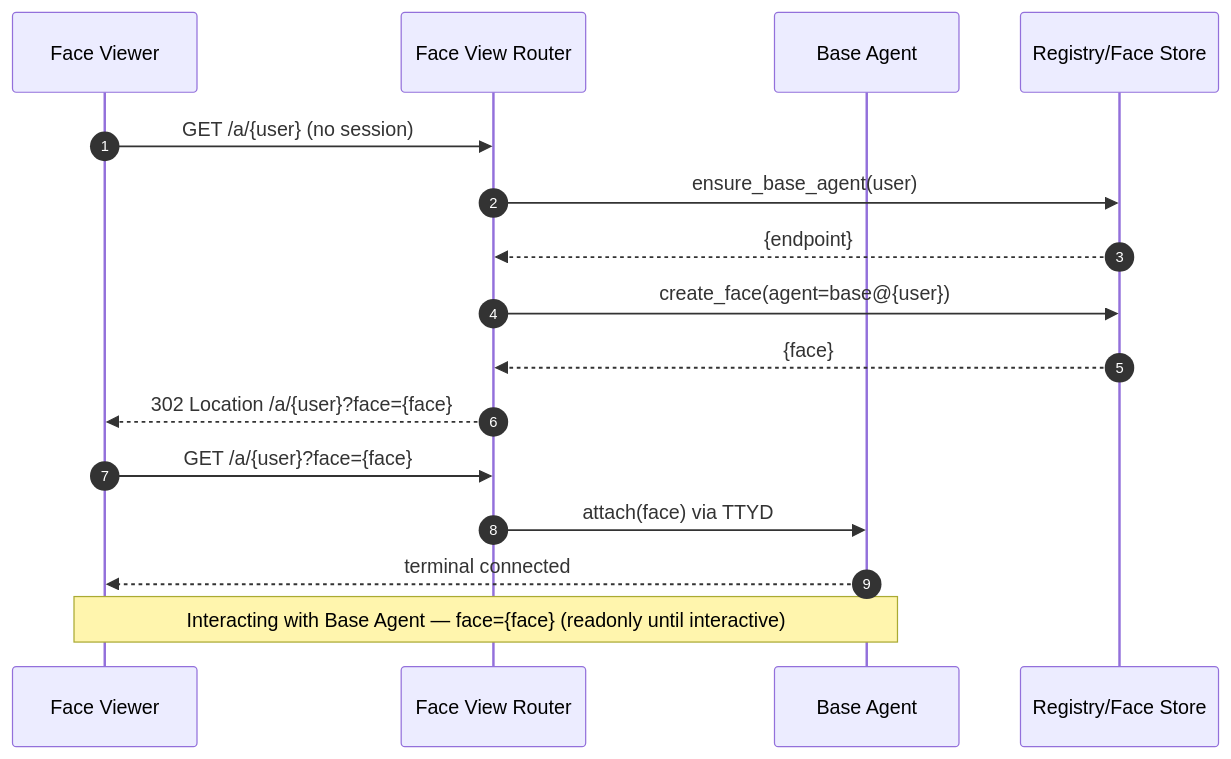
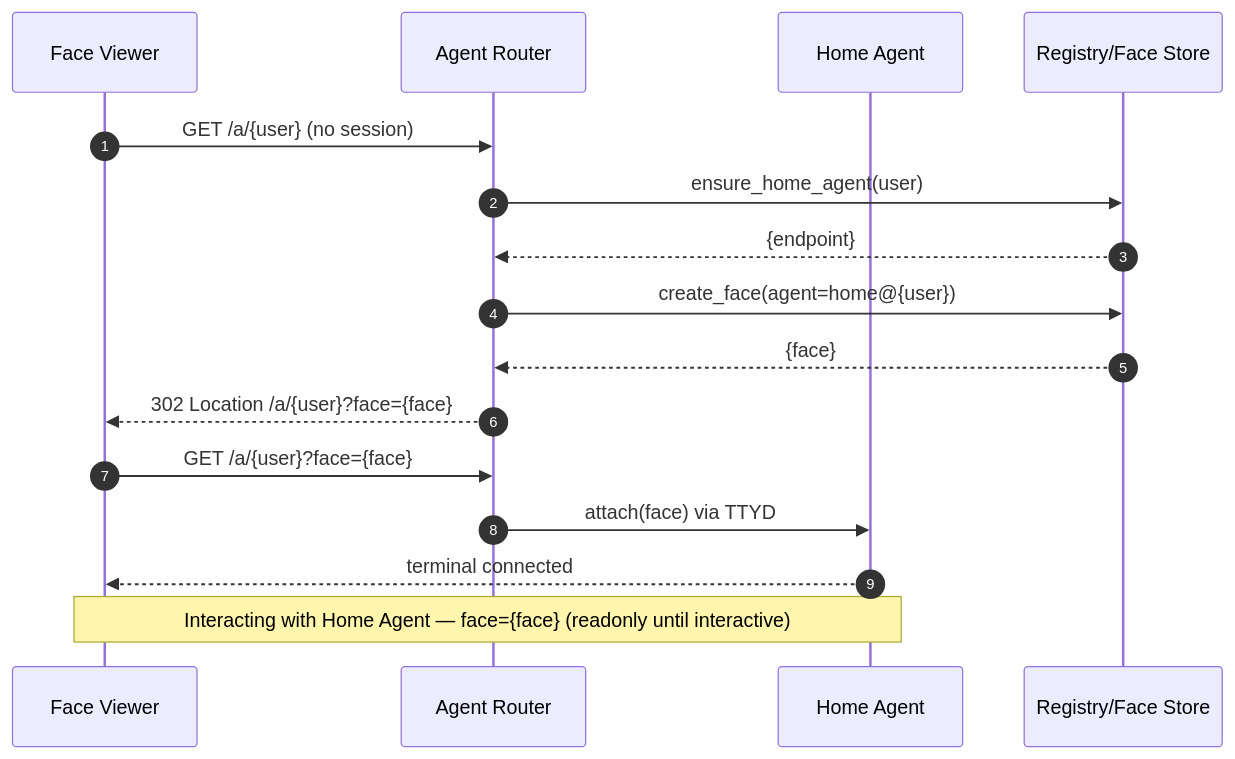
The sixth of 6 diagrams in design/docs/USER-FLOW.md (dreamcatcher-tech/artifact-codex), drawn with Mermaid before and after one commit. The commit also changed other lines of this file and 45 other files, not shown here.

````diff
--- a/design/docs/USER-FLOW.md
+++ b/design/docs/USER-FLOW.md
@@ -246,18 +246,18 @@
 ```mermaid
 sequenceDiagram
   autonumber
   participant U as Face Viewer
-  participant FVR as Face View Router
-  participant B as Base Agent
+  participant AR as Agent Router
+  participant B as Home Agent
   participant R as Registry/Face Store
-  U->>FVR: GET /a/{user} (no session)
-  FVR->>R: ensure_base_agent(user)
-  R-->>FVR: {endpoint}
-  FVR->>R: create_face(agent=base@{user})
-  R-->>FVR: {face}
-  FVR-->>U: 302 Location /a/{user}?face={face}
-  U->>FVR: GET /a/{user}?face={face}
-  FVR->>B: attach(face) via TTYD
+  U->>AR: GET /a/{user} (no session)
+  AR->>R: ensure_home_agent(user)
+  R-->>AR: {endpoint}
+  AR->>R: create_face(agent=home@{user})
+  R-->>AR: {face}
+  AR-->>U: 302 Location /a/{user}?face={face}
+  U->>AR: GET /a/{user}?face={face}
+  AR->>B: attach(face) via TTYD
   B-->>U: terminal connected
-  Note over U,B: Interacting with Base Agent — face={face} (readonly until interactive)
+  Note over U,B: Interacting with Home Agent — face={face} (readonly until interactive)
 ```
````
